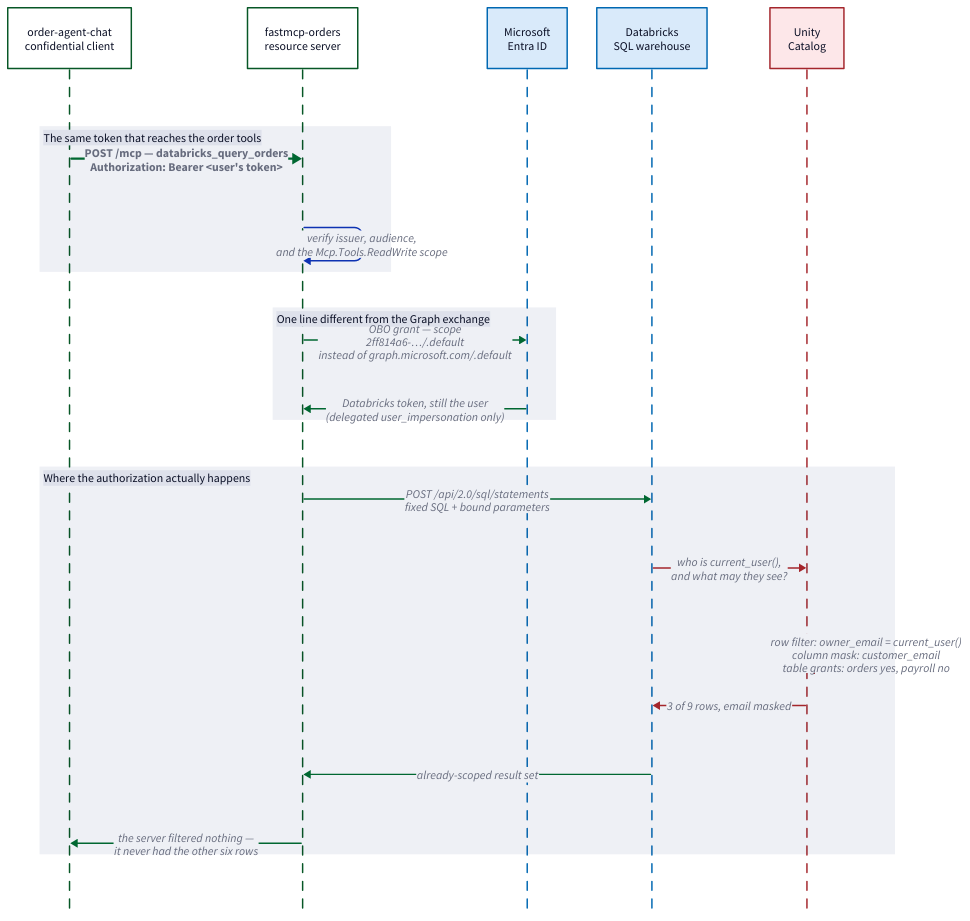
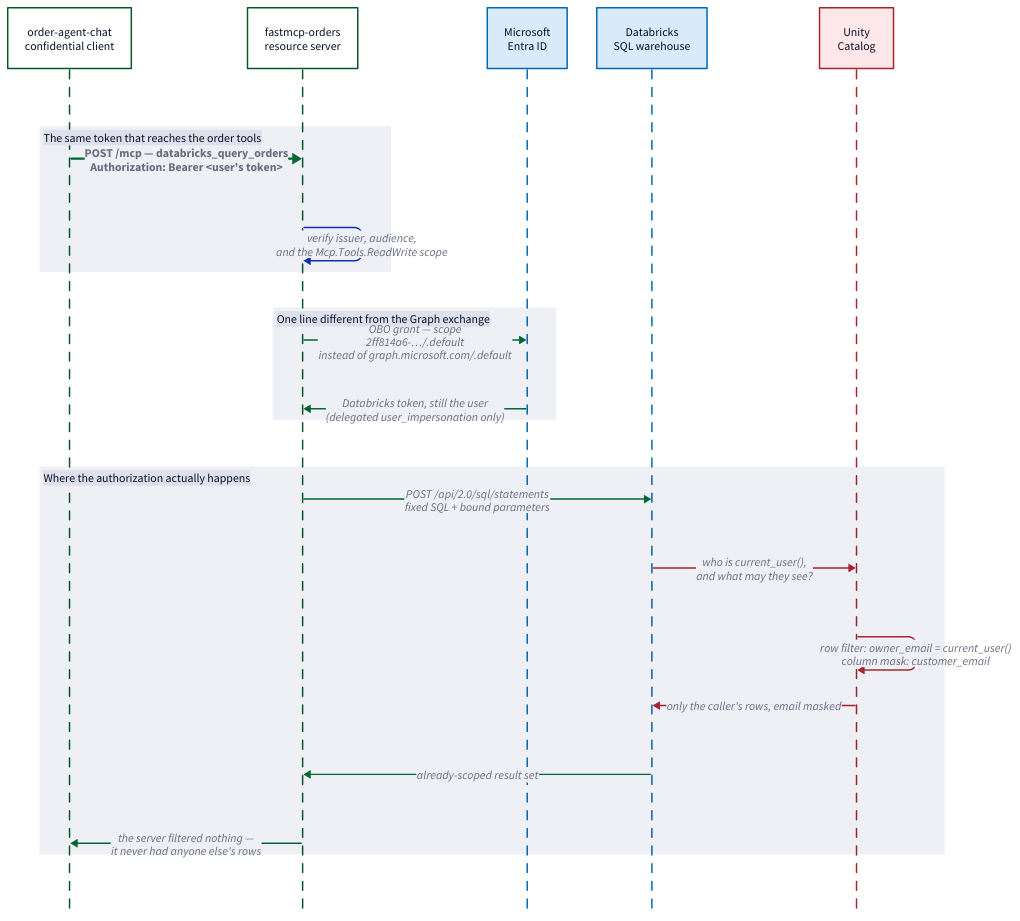
Before and after one commit to alisoliman/mcp-obo: the diagram in docs/databricks-obo.d2, drawn with D2. The commit also changed 27 other files, not shown here.

```diff
--- a/docs/databricks-obo.d2
+++ b/docs/databricks-obo.d2
@@ -1,103 +1,103 @@
 # The second on-behalf-of exchange: the same user token, a different resource.
 # Render: d2 docs/databricks-obo.d2 docs/databricks-obo.svg
 
 vars: {
   d2-config: {
     pad: 20
   }
 }
 
 shape: sequence_diagram
 
 chat: {
   label: "order-agent-chat\nconfidential client"
   style: {
     fill: "#FFFFFF"
     stroke: "#075726"
     stroke-width: 2
   }
 }
 mcp: {
   label: "fastmcp-orders\nresource server"
   style: {
     fill: "#FFFFFF"
     stroke: "#075726"
     stroke-width: 2
   }
 }
 entra: {
   label: "Microsoft\nEntra ID"
   style: {
     fill: "#D9EAFA"
     stroke: "#0068B2"
     stroke-width: 2
   }
 }
 warehouse: {
   label: "Databricks\nSQL warehouse"
   style: {
     fill: "#D9EAFA"
     stroke: "#0068B2"
     stroke-width: 2
   }
 }
 uc: {
   label: "Unity\nCatalog"
   style: {
     fill: "#FDE7E9"
     stroke: "#A4262C"
     stroke-width: 2
   }
 }
 
 arrive: {
   label: "The same token that reaches the order tools"
 
   chat -> mcp: "POST /mcp — databricks_query_orders\nAuthorization: Bearer <user's token>" {
     style.stroke: "#006731"
     style.stroke-width: 3
     style.bold: true
   }
   mcp -> mcp: "verify issuer, audience,\nand the Mcp.Tools.ReadWrite scope"
 }
 
 exchange: {
   label: "One line different from the Graph exchange"
 
   mcp -> entra: "OBO grant — scope\n2ff814a6-…/.default\ninstead of graph.microsoft.com/.default" {
     style.stroke: "#006731"
     style.stroke-width: 2
   }
   entra -> mcp: "Databricks token, still the user\n(delegated user_impersonation only)" {
     style.stroke: "#006731"
     style.stroke-width: 2
   }
 }
 
 query: {
   label: "Where the authorization actually happens"
 
   mcp -> warehouse: "POST /api/2.0/sql/statements\nfixed SQL + bound parameters" {
     style.stroke: "#006731"
     style.stroke-width: 2
   }
   warehouse -> uc: "who is current_user(),\nand what may they see?" {
     style.stroke: "#A4262C"
     style.stroke-width: 2
   }
-  uc -> uc: "row filter: owner_email = current_user()\ncolumn mask: customer_email\ntable grants: orders yes, payroll no" {
+  uc -> uc: "row filter: owner_email = current_user()\ncolumn mask: customer_email" {
     style.stroke: "#A4262C"
   }
-  uc -> warehouse: "3 of 9 rows, email masked" {
+  uc -> warehouse: "only the caller's rows, email masked" {
     style.stroke: "#A4262C"
     style.stroke-width: 2
   }
   warehouse -> mcp: "already-scoped result set" {
     style.stroke: "#006731"
     style.stroke-width: 2
   }
-  mcp -> chat: "the server filtered nothing —\nit never had the other six rows" {
+  mcp -> chat: "the server filtered nothing —\nit never had anyone else's rows" {
     style.stroke: "#006731"
     style.stroke-width: 2
   }
 }
```
